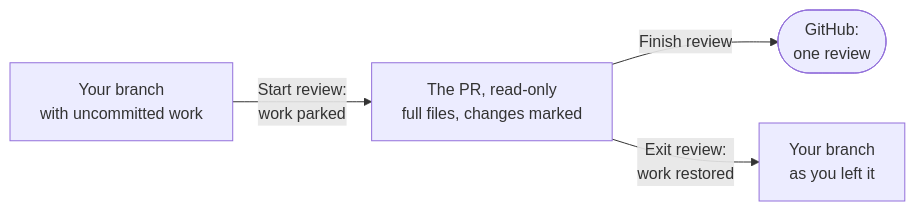
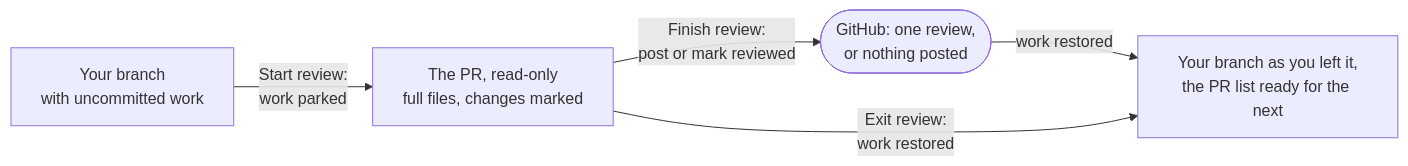
Before and after one commit to vatsarishabh22/review-lens: the diagram in README.md, drawn with Mermaid. The commit also changed other lines of this file and 3 other files, not shown here.

Commit message:
docs(review-lens): show Mark as reviewed and the return to the PR list in the READMEs and screenshots, so 0.1.2's docs match its finish flow

````diff
--- a/README.md
+++ b/README.md
@@ -31,6 +31,7 @@
 ```mermaid
 flowchart LR
     A["Your branch<br/>with uncommitted work"] -->|Start review:<br/>work parked| B["The PR, read-only<br/>full files, changes marked"]
-    B -->|Finish review| C(["GitHub:<br/>one review"])
-    B -->|Exit review:<br/>work restored| D["Your branch<br/>as you left it"]
+    B -->|Finish review:<br/>post or mark reviewed| C(["GitHub: one review,<br/>or nothing posted"])
+    C -->|work restored| D["Your branch as you left it,<br/>the PR list ready for the next"]
+    B -->|Exit review:<br/>work restored| D
 ```
````
